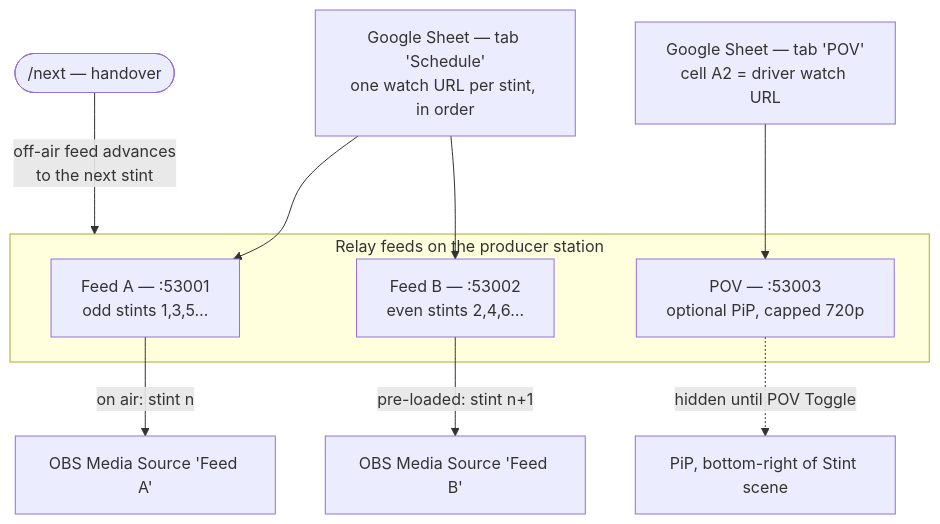
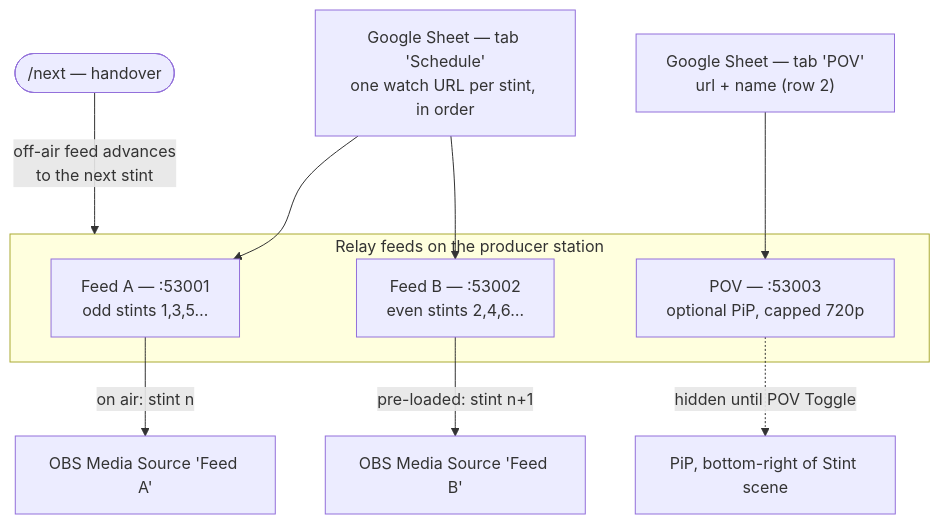
One commit to jegr78/gt-endurance-racing-broadcast changed the second of 4 diagrams in src/docs/wiki/Architecture.md. Above: the diagram before and after it, drawn with Mermaid. The commit also changed other lines of this file and 5 other files, not shown here.

Commit message:
docs(pov): name column + relay-driven POV Toggle across the wiki/docs (#130)

````diff
--- a/src/docs/wiki/Architecture.md
+++ b/src/docs/wiki/Architecture.md
@@ -80,21 +80,21 @@
 ```mermaid
 flowchart TB
   SCH["Google Sheet — tab 'Schedule'<br/>one watch URL per stint, in order"]
-  POVT["Google Sheet — tab 'POV'<br/>cell A2 = driver watch URL"]
+  POVT["Google Sheet — tab 'POV'<br/>url + name (row 2)"]
 
   SCH --> A
   SCH --> B
   POVT --> P
 
   subgraph Feeds["Relay feeds on the producer station"]
     A["Feed A — :53001<br/>odd stints 1,3,5…"]
     B["Feed B — :53002<br/>even stints 2,4,6…"]
     P["POV — :53003<br/>optional PiP, capped 720p"]
   end
 
   A -->|"on air: stint n"| OBSA["OBS Media Source 'Feed A'"]
   B -->|"pre-loaded: stint n+1"| OBSB["OBS Media Source 'Feed B'"]
   P -.->|"hidden until POV Toggle"| OBSP["PiP, bottom-right of Stint scene"]
 
   NEXT(["/next — handover"]) -->|"off-air feed advances<br/>to the next stint"| Feeds
 ```
````
